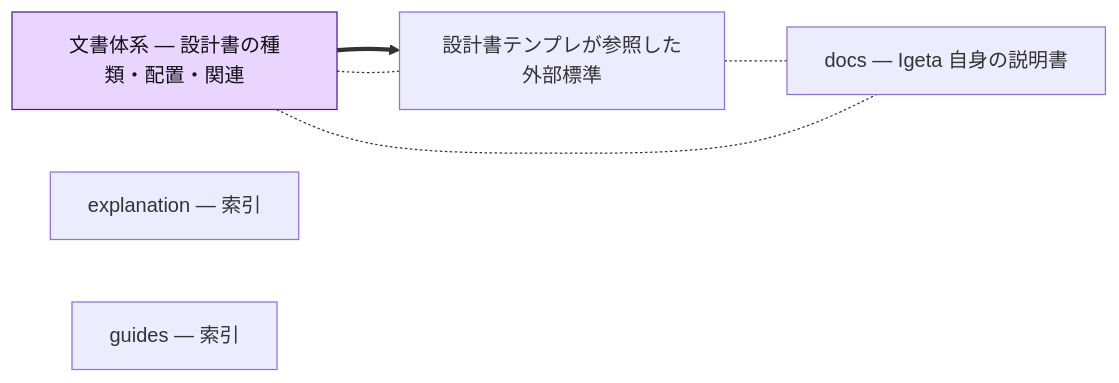
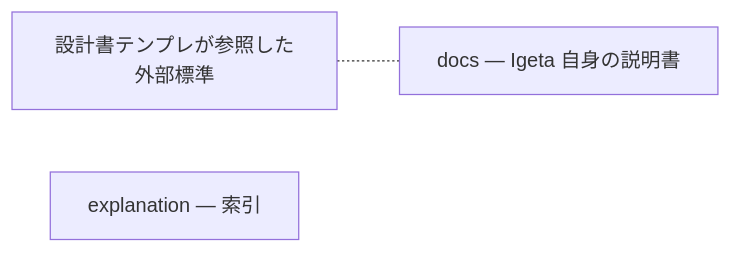
The diagram in docs/dependencies.md (SakakitaniJunya/Igeta), drawn with Mermaid before and after one commit. The commit also changed other lines of this file and 8 other files, not shown here.

````diff
--- a/docs/dependencies.md
+++ b/docs/dependencies.md
@@ -12,26 +12,19 @@
 ```mermaid
 graph LR
   classDef standard fill:#fde68a,stroke:#92400e,color:#111
   classDef architecture fill:#bfdbfe,stroke:#1e3a8a,color:#111
   classDef strategy fill:#fbcfe8,stroke:#9d174d,color:#111
   classDef prd fill:#bbf7d0,stroke:#065f46,color:#111
   classDef business fill:#a7f3d0,stroke:#064e3b,color:#111
   classDef adr fill:#c7d2fe,stroke:#3730a3,color:#111
   classDef runbook fill:#fecaca,stroke:#7f1d1d,color:#111
   classDef guide fill:#e9d5ff,stroke:#581c87,color:#111
   classDef design fill:#ddd6fe,stroke:#6d28d9,color:#111
   design-doc-standards["設計書テンプレが参照した外部標準"]
   class design-doc-standards explanation
   docs-index["docs — Igeta 自身の説明書"]
   class docs-index index
-  document-taxonomy["文書体系 — 設計書の種類・配置・関連"]
-  class document-taxonomy guide
   explanation-index["explanation — 索引"]
   class explanation-index index
-  guides-index["guides — 索引"]
-  class guides-index index
-  document-taxonomy ==> design-doc-standards
   design-doc-standards -.- docs-index
-  document-taxonomy -.- design-doc-standards
-  document-taxonomy -.- docs-index
 ```
````
